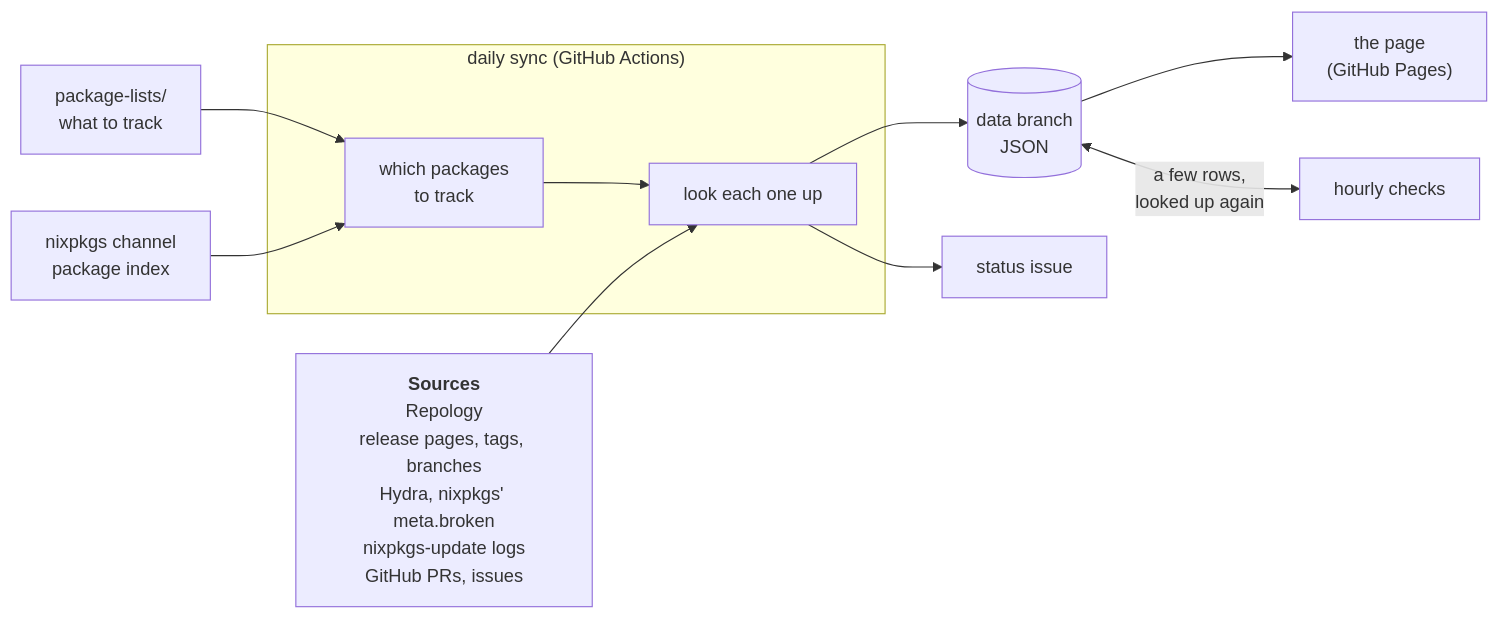
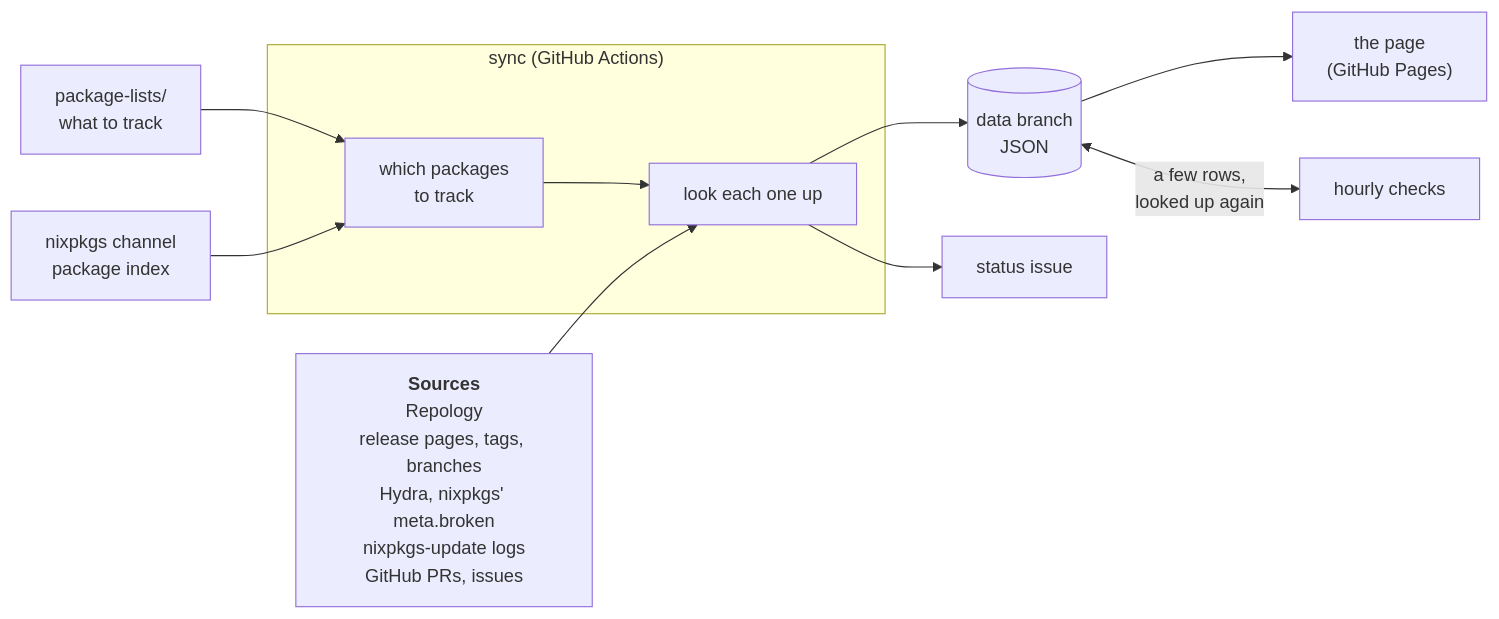
One commit to iedame/nixkeeper changed the diagram in README.md. Above: the diagram before and after it, drawn with Mermaid. The commit also changed other lines of this file and 6 other files, not shown here.

````diff
--- a/README.md
+++ b/README.md
@@ -117,13 +117,13 @@
 ```mermaid
 flowchart LR
   lists["package-lists/<br>what to track"] --> track
   index["nixpkgs channel<br>package index"] --> track
-  subgraph sync ["daily sync (GitHub Actions)"]
+  subgraph sync ["sync (GitHub Actions)"]
     track["which packages<br>to track"] --> ask["look each one up"]
   end
   sources["<b>Sources</b><br>Repology<br>release pages, tags, branches<br>Hydra, nixpkgs' meta.broken<br>nixpkgs-update logs<br>GitHub PRs, issues"] --> ask
   ask --> data[("data branch<br>JSON")]
   ask --> issue["status issue"]
   data --> page["the page<br>(GitHub Pages)"]
   data <-->|"a few rows,<br>looked up again"| hourly["hourly checks"]
 ```
````
